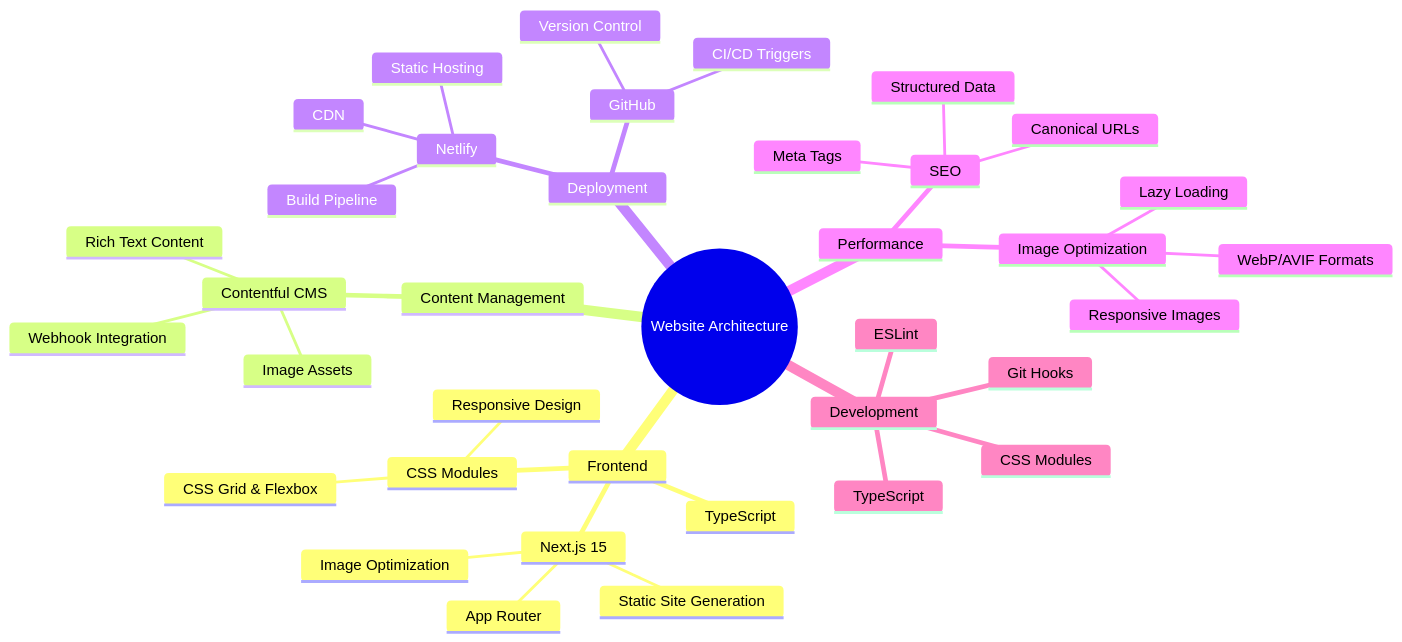
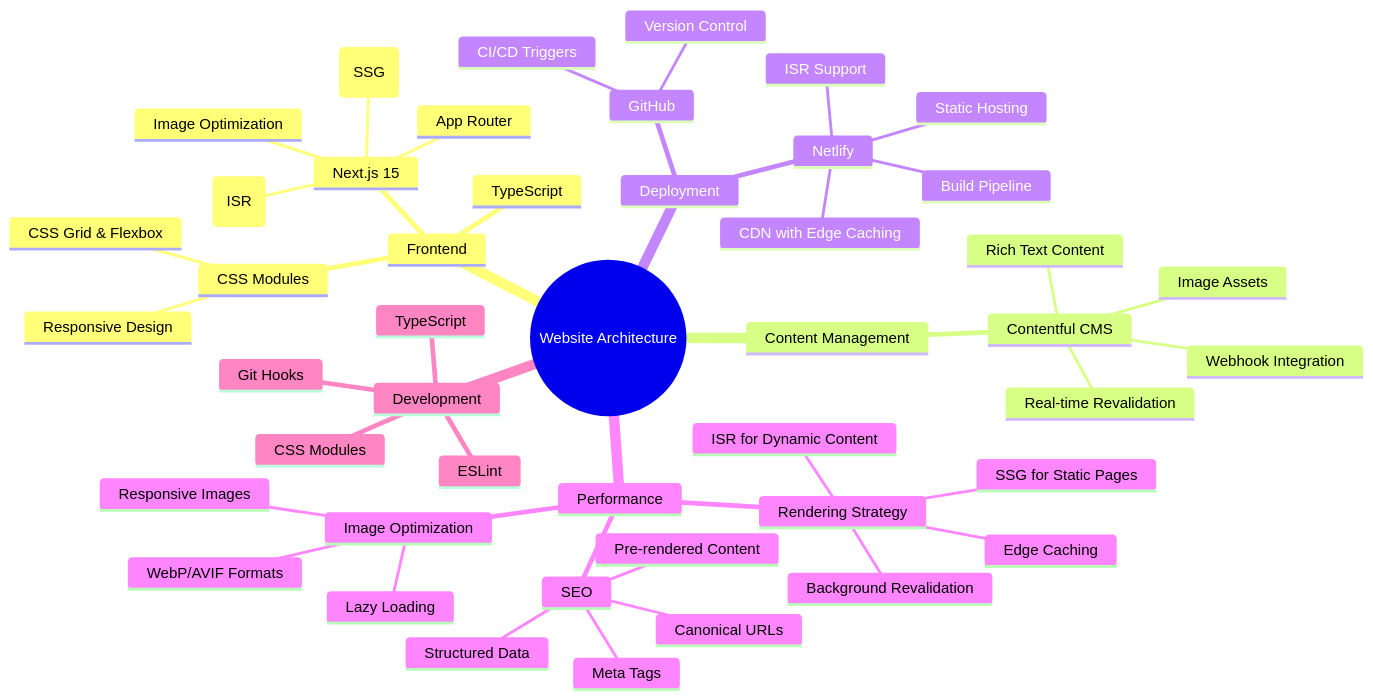
Before and after one commit to reggiepangilinan/mywebsite: the fifth of 15 diagrams in docs/ARCHITECTURE_DIAGRAM.md, drawn with Mermaid. The commit also changed other lines of this file, not shown here.

First line of the commit message:
feat: add comprehensive ISR, SSR, and Static pages flow diagrams

````diff
--- a/docs/ARCHITECTURE_DIAGRAM.md
+++ b/docs/ARCHITECTURE_DIAGRAM.md
@@ -246,40 +246,49 @@
 ```mermaid
 mindmap
   root((Website Architecture))
     Frontend
       Next.js 15
         App Router
-        Static Site Generation
+        Static Site Generation (SSG)
+        Incremental Static Regeneration (ISR)
         Image Optimization
       TypeScript
       CSS Modules
         Responsive Design
         CSS Grid & Flexbox
     Content Management
       Contentful CMS
         Rich Text Content
         Image Assets
         Webhook Integration
+        Real-time Revalidation
     Deployment
       Netlify
-        CDN
+        CDN with Edge Caching
         Static Hosting
         Build Pipeline
+        ISR Support
       GitHub
         Version Control
         CI/CD Triggers
     Performance
+      Rendering Strategy
+        SSG for Static Pages
+        ISR for Dynamic Content
+        Edge Caching
+        Background Revalidation
       Image Optimization
         WebP/AVIF Formats
         Responsive Images
         Lazy Loading
       SEO
+        Pre-rendered Content
         Canonical URLs
         Meta Tags
         Structured Data
     Development
       ESLint
       TypeScript
       CSS Modules
       Git Hooks
 ```
````
